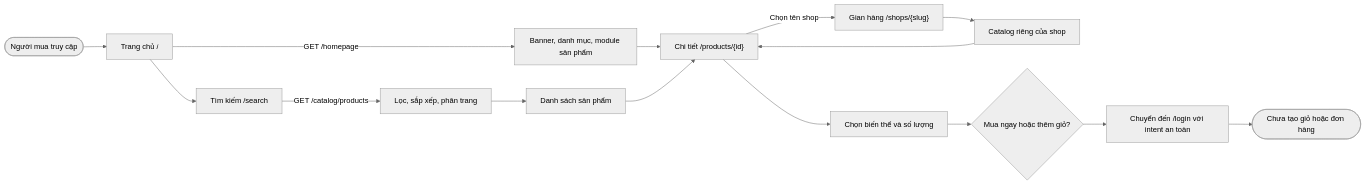
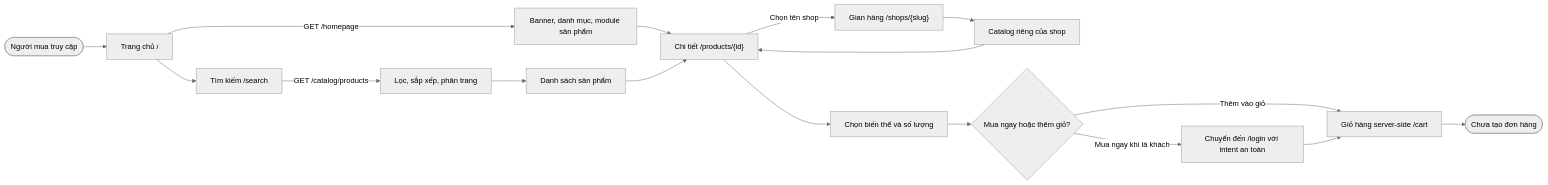
Before and after one commit to datnguyen101004/shopee_clone: the second of 14 diagrams in flow.md, drawn with Mermaid (neutral theme). The commit also changed other lines of this file and 64 other files, not shown here.

Commit message:
feat(cart): add authenticated persistent multi-shop cart

````diff
--- a/flow.md
+++ b/flow.md
@@ -54,31 +54,34 @@
 ```mermaid
 flowchart LR
     visitor(["Người mua truy cập"])
     homepage["Trang chủ / "]
     homeModules["Banner, danh mục, module sản phẩm"]
     searchPage["Tìm kiếm /search"]
     discovery["Lọc, sắp xếp, phân trang"]
     productGrid["Danh sách sản phẩm"]
     productDetail["Chi tiết /products/{id}"]
     variant["Chọn biến thể và số lượng"]
     shopPage["Gian hàng /shops/{slug}"]
     shopCatalog["Catalog riêng của shop"]
     purchaseIntent{"Mua ngay hoặc thêm giỏ?"}
     loginHandoff["Chuyển đến /login với intent an toàn"]
-    currentBoundary(["Chưa tạo giỏ hoặc đơn hàng"])
+    persistentCart["Giỏ hàng server-side /cart"]
+    currentBoundary(["Chưa tạo đơn hàng"])
 
     visitor --> homepage
     homepage -->|"GET /homepage"| homeModules
     homepage --> searchPage
     homeModules --> productDetail
     searchPage -->|"GET /catalog/products"| discovery
     discovery --> productGrid
     productGrid --> productDetail
     productDetail --> variant
     productDetail -->|"Chọn tên shop"| shopPage
     shopPage --> shopCatalog
     shopCatalog --> productDetail
     variant --> purchaseIntent
-    purchaseIntent --> loginHandoff
-    loginHandoff --> currentBoundary
+    purchaseIntent -->|"Thêm vào giỏ"| persistentCart
+    purchaseIntent -->|"Mua ngay khi là khách"| loginHandoff
+    loginHandoff --> persistentCart
+    persistentCart --> currentBoundary
 ```
````
